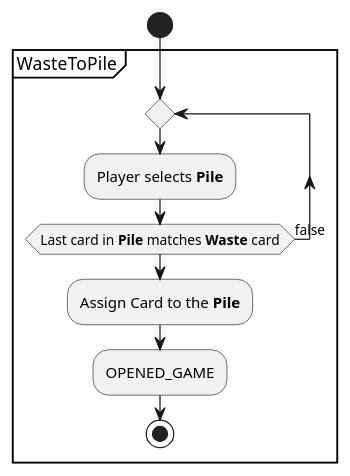
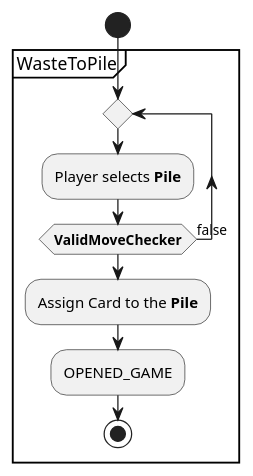
The diagram in useCaseView/WasteToPile.puml (ciscoruiz/klondike), drawn with PlantUML before and after one commit. The commit also changed 6 other files, not shown here.

Commit message:
Define ValidMoveChecker use case

```diff
--- a/useCaseView/WasteToPile.puml
+++ b/useCaseView/WasteToPile.puml
@@ -1,17 +1,17 @@
 @startuml
 'https://plantuml.com/activity-diagram-beta
 
 start
 
 partition WasteToPile {
 
 repeat
    :Player selects **Pile**;
-repeat while (Last card in **Pile** matches **Waste** card) is (false)
+repeat while (**ValidMoveChecker**) is (false)
 
 :Assign Card to the **Pile**;
 :OPENED_GAME;
 
 stop
 
 @enduml
```
